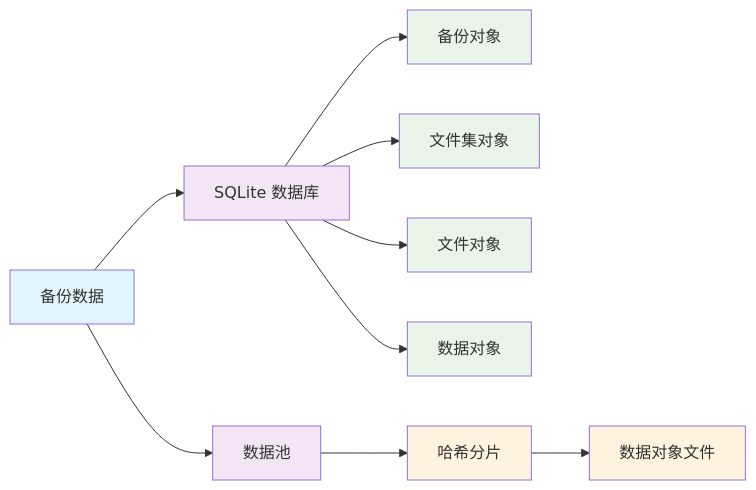
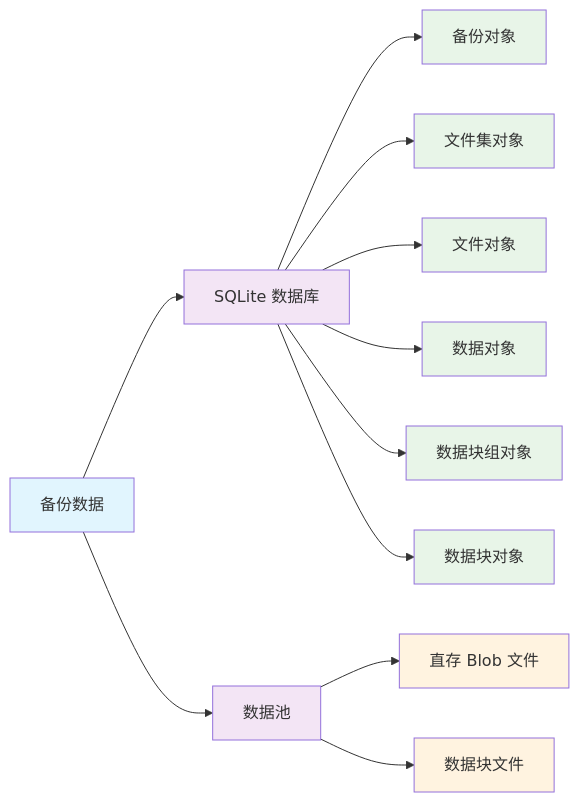
Before and after one commit to TISUnion/PrimeBackup: the second of 2 diagrams in docs/concept/storage_structure.zh.md, drawn with Mermaid. The commit also changed other lines of this file and 13 other files, not shown here.

````diff
--- a/docs/concept/storage_structure.zh.md
+++ b/docs/concept/storage_structure.zh.md
@@ -88,23 +104,27 @@
 ```mermaid
 graph LR
     A[备份数据] --> DB[SQLite 数据库]
     A --> blob_pool[数据池]
 
     DB --> backup[备份对象]
     DB --> fileset[文件集对象]
     DB --> file[文件对象]
     DB --> blob[数据对象]
+    DB --> chunk_group[数据块组对象]
+    DB --> chunk[数据块对象]
 
-    blob_pool --> blob_storage[哈希分片]
-    blob_storage --> blob_file[数据对象文件]
+    blob_pool --> blob_storage[直存 Blob 文件]
+    blob_pool --> chunk_storage[数据块文件]
 
     style A fill:#e1f5fe
     style DB fill:#f3e5f5
     style blob_pool fill:#f3e5f5
     style backup fill:#e8f5e8
     style fileset fill:#e8f5e8
     style file fill:#e8f5e8
     style blob fill:#e8f5e8
+    style chunk_group fill:#e8f5e8
+    style chunk fill:#e8f5e8
     style blob_storage fill:#fff3e0
-    style blob_file fill:#fff3e0
+    style chunk_storage fill:#fff3e0
 ```
````
